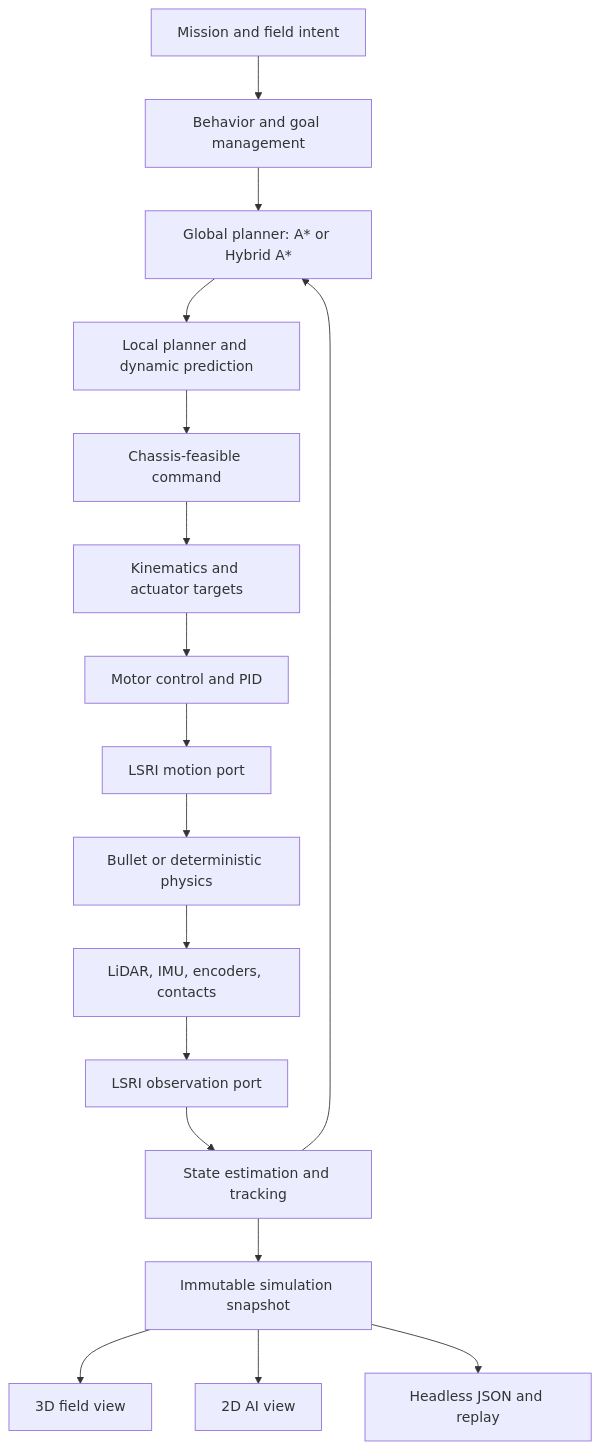
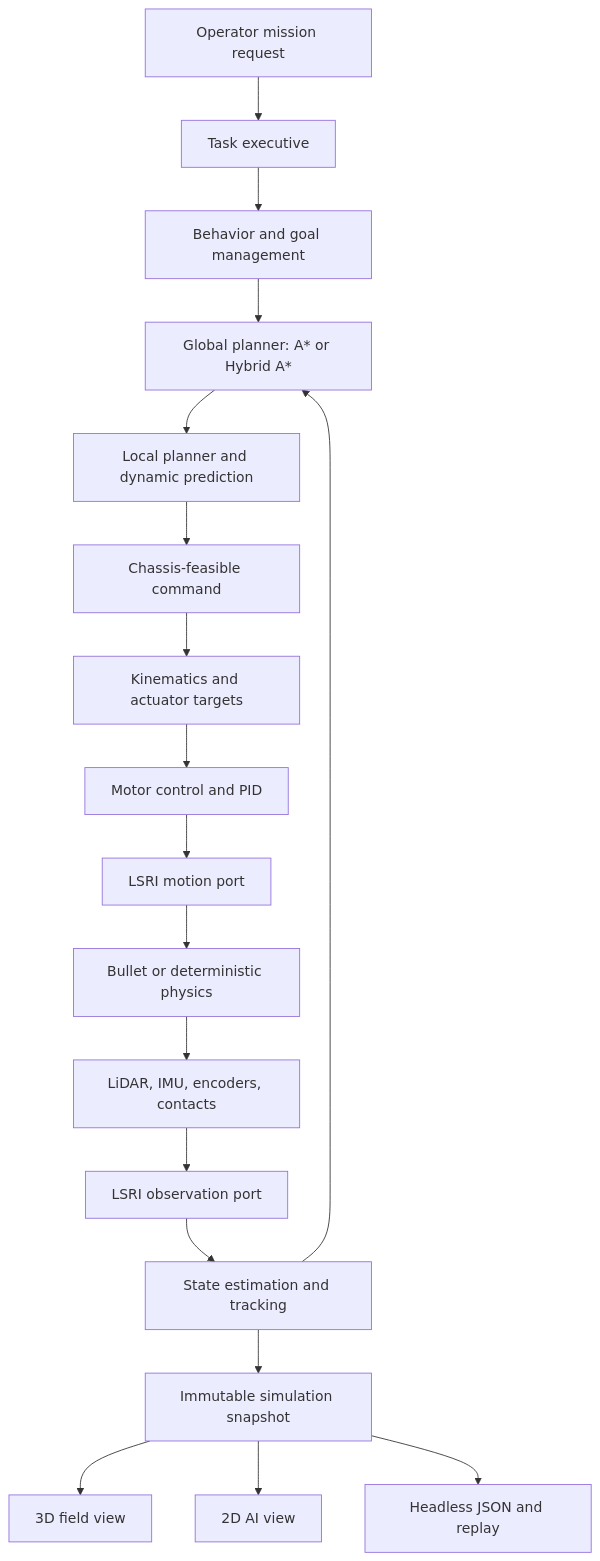
The diagram in docs/architecture.md (Robin-1978/lost-signal), drawn with Mermaid before and after one commit. The commit also changed other lines of this file and 2 other files, not shown here.

Commit message:
Define deployable mission executive boundary

````diff
--- a/docs/architecture.md
+++ b/docs/architecture.md
@@ -7,19 +7,20 @@
 ```mermaid
 graph TD
- A[Mission and field intent] --> B[Behavior and goal management]
+ A[Operator mission request] --> X[Task executive]
+ X --> B[Behavior and goal management]
  B --> C[Global planner: A* or Hybrid A*]
  C --> D[Local planner and dynamic prediction]
  D --> E[Chassis-feasible command]
  E --> F[Kinematics and actuator targets]
  F --> G[Motor control and PID]
  G --> R[LSRI motion port]
  R --> H[Bullet or deterministic physics]
  H --> I[LiDAR, IMU, encoders, contacts]
  I --> O[LSRI observation port]
  O --> J[State estimation and tracking]
  J --> C
  J --> K[Immutable simulation snapshot]
  K --> L[3D field view]
  K --> M[2D AI view]
  K --> N[Headless JSON and replay]
 ```
````
